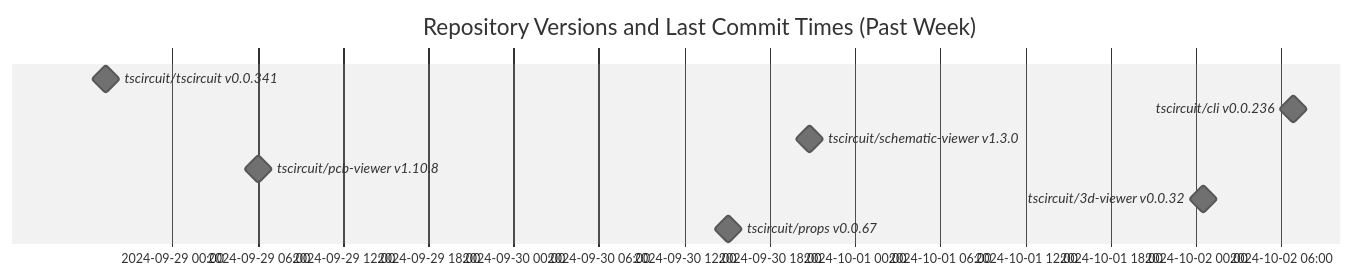
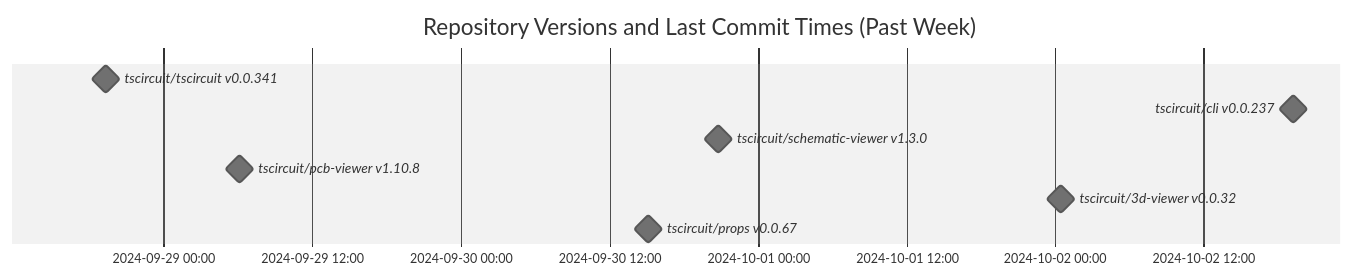
Before and after one commit to tscircuit/version-tracker: the diagram in README.md, drawn with Mermaid (neutral theme).

Commit message:
Update chart

````diff
--- a/README.md
+++ b/README.md
@@ -1,13 +1,13 @@
 ```mermaid
 gantt
   dateFormat  YYYY-MM-DD HH:mm:ss
   title Repository Versions and Last Commit Times (Past Week)
   axisFormat %Y-%m-%d %H:%M
 
   tscircuit/tscircuit v0.0.341 : milestone, 2024-09-28 19:18:49, 1s
-  tscircuit/cli v0.0.236 : milestone, 2024-10-02 06:51:46, 1s
+  tscircuit/cli v0.0.237 : milestone, 2024-10-02 19:15:25, 1s
   tscircuit/schematic-viewer v1.3.0 : milestone, 2024-09-30 20:50:04, 1s
   tscircuit/pcb-viewer v1.10.8 : milestone, 2024-09-29 06:04:46, 1s
   tscircuit/3d-viewer v0.0.32 : milestone, 2024-10-02 00:30:55, 1s
   tscircuit/props v0.0.67 : milestone, 2024-09-30 15:06:17, 1s
 ```
````
